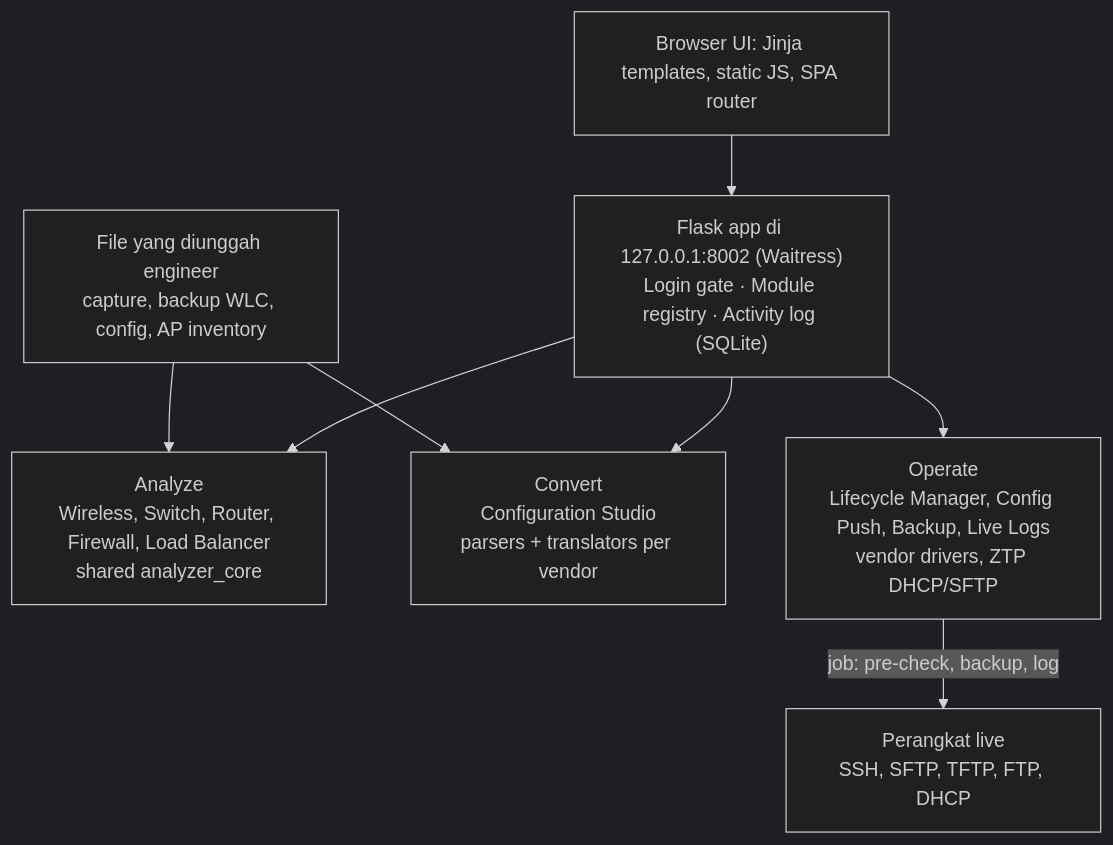
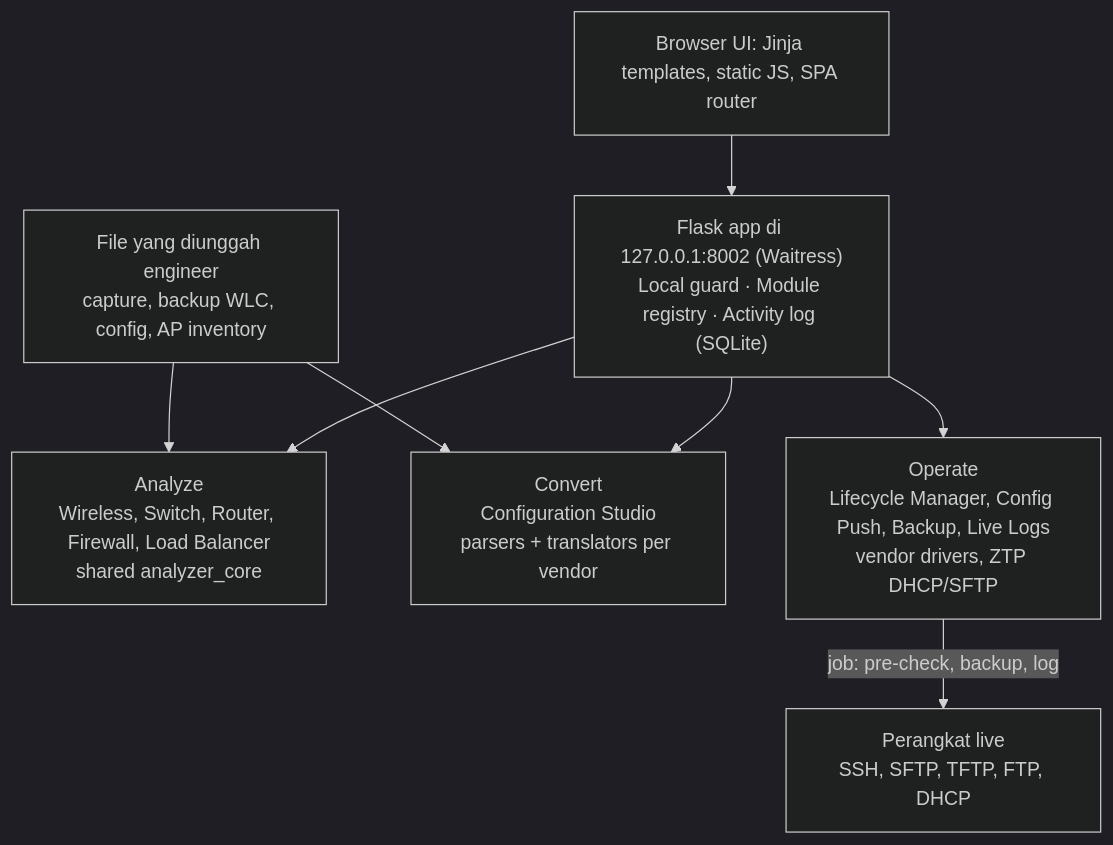
One commit to Crawling-Bil/Keystone changed the first of 2 diagrams in docs/PRD.md. Above: the diagram before and after it, drawn with Mermaid (dark theme). The commit also changed other lines of this file and 20 other files, not shown here.

````diff
--- a/docs/PRD.md
+++ b/docs/PRD.md
@@ -133,17 +133,17 @@
 ```mermaid
 flowchart TB
     UI["Browser UI: Jinja templates, static JS, SPA router"]
-    APP["Flask app di 127.0.0.1:8002 (Waitress)<br/>Login gate · Module registry · Activity log (SQLite)"]
+    APP["Flask app di 127.0.0.1:8002 (Waitress)<br/>Local guard · Module registry · Activity log (SQLite)"]
     AN["Analyze<br/>Wireless, Switch, Router, Firewall, Load Balancer<br/>shared analyzer_core"]
     CV["Convert<br/>Configuration Studio<br/>parsers + translators per vendor"]
     OP["Operate<br/>Lifecycle Manager, Config Push, Backup, Live Logs<br/>vendor drivers, ZTP DHCP/SFTP"]
     FILES["File yang diunggah engineer<br/>capture, backup WLC, config, AP inventory"]
     DEV["Perangkat live<br/>SSH, SFTP, TFTP, FTP, DHCP"]
     UI --> APP
     APP --> AN
     APP --> CV
     APP --> OP
     FILES --> AN
     FILES --> CV
     OP -- "job: pre-check, backup, log" --> DEV
 ```
````
